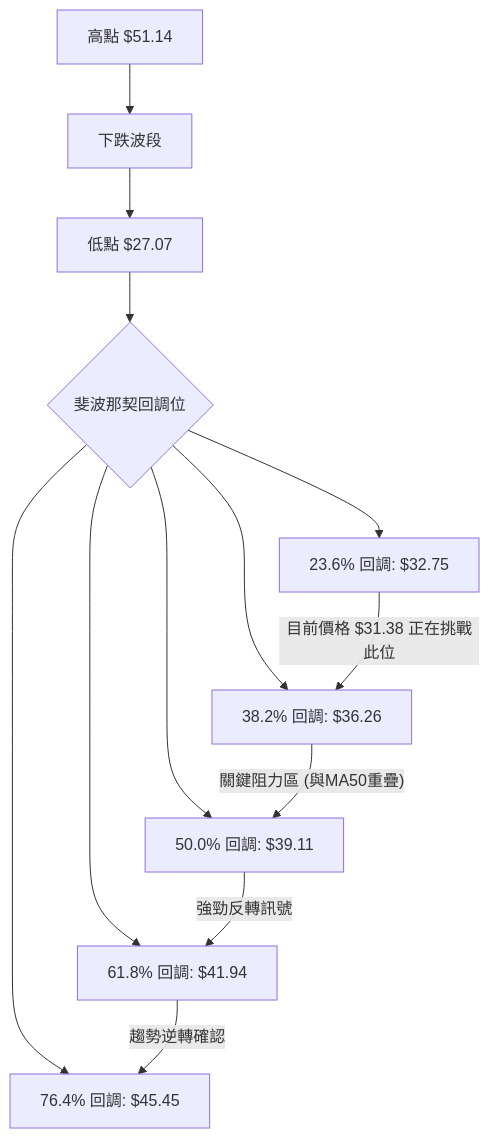
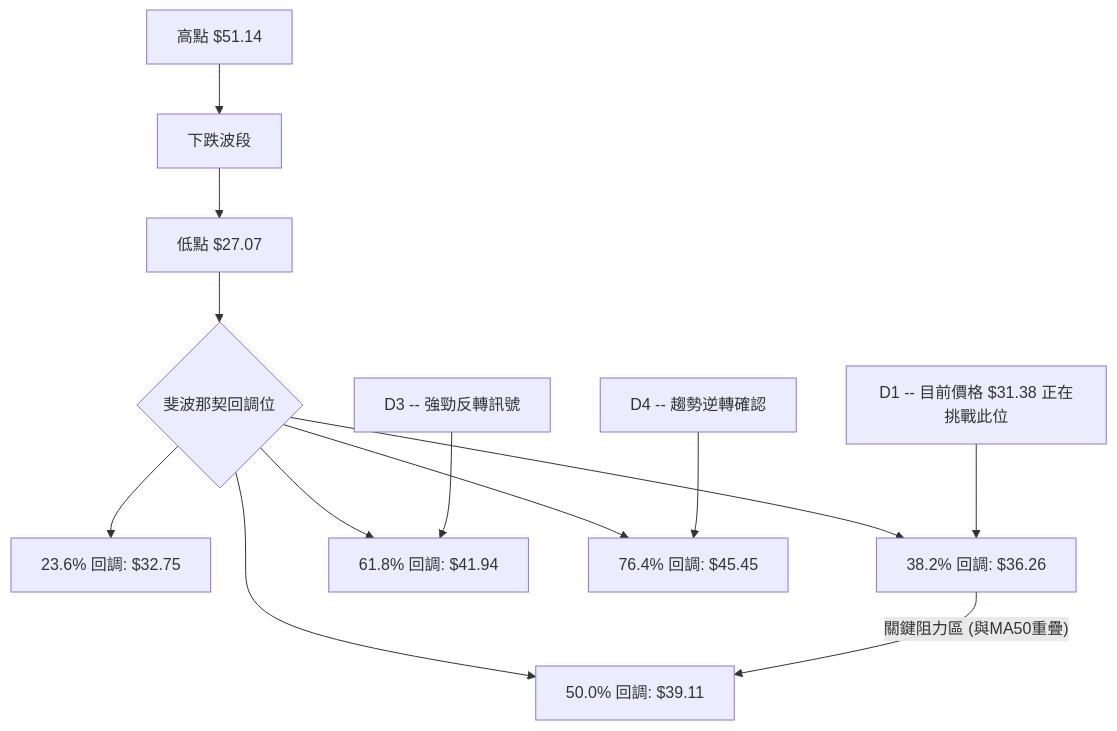
The fifth of 12 diagrams in ai_gen_report/stock/pl/technical_analysis_2026-07-05_gemini.md (yennanliu/finance_data), drawn with Mermaid before and after one commit. The commit also changed other lines of this file and 2258 other files, not shown here.

First line of the commit message:
chore: backfill Mermaid syntax repair across existing reports

````diff
--- a/ai_gen_report/stock/pl/technical_analysis_2026-07-05_gemini.md
+++ b/ai_gen_report/stock/pl/technical_analysis_2026-07-05_gemini.md
@@ -370,15 +370,15 @@
 ```mermaid
 graph TD
-    A[高點 $51.14] --> B[下跌波段]
-    B --> C[低點 $27.07]
-    C --> D{斐波那契回調位}
-    D --> D1[23.6% 回調: $32.75]
-    D --> D2[38.2% 回調: $36.26]
-    D --> D3[50.0% 回調: $39.11]
-    D --> D4[61.8% 回調: $41.94]
-    D --> D5[76.4% 回調: $45.45]
-    D1 -- 目前價格 $31.38 正在挑戰此位 --> D2
+    A["高點 $51.14"] --> B["下跌波段"]
+    B --> C["低點 $27.07"]
+    C --> D{"斐波那契回調位"}
+    D --> D1["23.6% 回調: $32.75"]
+    D --> D2["38.2% 回調: $36.26"]
+    D --> D3["50.0% 回調: $39.11"]
+    D --> D4["61.8% 回調: $41.94"]
+    D --> D5["76.4% 回調: $45.45"]
+    nb1["D1 -- 目前價格 $31.38 正在挑戰此位"] --> D2
     D2 -- 關鍵阻力區 (與MA50重疊) --> D3
-    D3 -- 強勁反轉訊號 --> D4
-    D4 -- 趨勢逆轉確認 --> D5
+    nb2["D3 -- 強勁反轉訊號"] --> D4
+    nb3["D4 -- 趨勢逆轉確認"] --> D5
 ```
````
